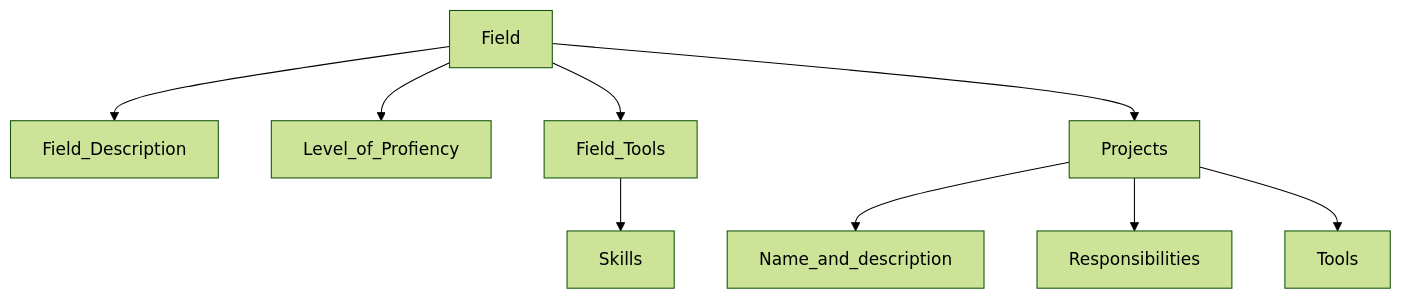
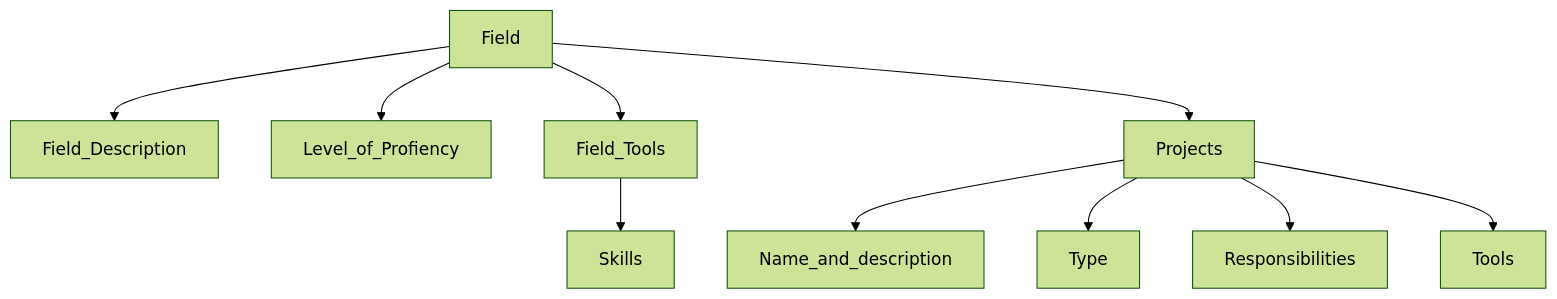
Before and after one commit to dkushche/Curriculum_vitae: the diagram in README.md, drawn with Mermaid (forest theme). The commit also changed 6 other files, not shown here.

````diff
--- a/README.md
+++ b/README.md
@@ -7,13 +7,14 @@
 ```mermaid
 graph TD;
     Field-->Field_Description;
     Field-->Level_of_Profiency;
     Field-->Field_Tools;
     Field-->Projects;
 
     Field_Tools-->Skills;
 
     Projects-->Name_and_description;
+    Projects-->Type;
     Projects-->Responsibilities;
     Projects-->Tools;
 ```
````
